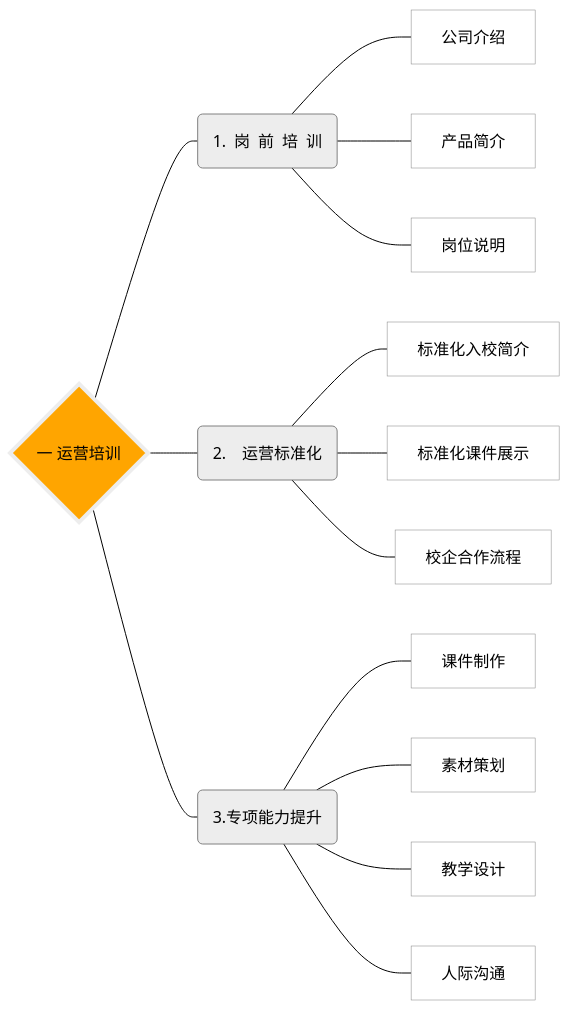
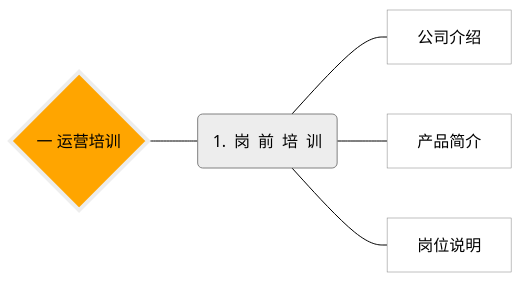
The diagram in index.md (Xiyue-team/doc_op), drawn with Mermaid (forest theme) before and after one commit.

````diff
--- a/index.md
+++ b/index.md
@@ -6,30 +6,12 @@
 ```mermaid
 graph LR
     A{一 运营培训} --- a( 1.&ensp;岗&ensp;前&ensp;培&ensp;训 )    
     style A fill:orange,stroke:#EDEDED,stroke-width:4px
     style a fill:#EDEDED,stroke:gray,stroke-width:1px
     a --- 1[公司介绍] 
     style 1 fill:white,stroke:gray,stroke-width:0.5px 
     a --- 2[产品简介] 
     style 2 fill:white,stroke:gray,stroke-width:0.5px 
     a --- 3[岗位说明] 
     style 3 fill:white,stroke:gray,stroke-width:0.5px 
-    A{一 运营培训} --- b( 2.&ensp;&ensp;运营标准化 )
-    style b fill:#EDEDED,stroke:gray,stroke-width:1px
-    b --- 4[标准化入校简介] 
-    style 4 fill:white,stroke:gray,stroke-width:0.5px 
-    b --- 5[标准化课件展示] 
-    style 5 fill:white,stroke:gray,stroke-width:0.5px 
-    b --- 6[校企合作流程] 
-    style 6 fill:white,stroke:gray,stroke-width:0.5px 
-    A{一 运营培训} --- c( 3.专项能力提升 )
-    style c fill:#EDEDED,stroke:gray,stroke-width:1px
-    c --- 7[课件制作] 
-    style 7 fill:white,stroke:gray,stroke-width:0.5px 
-    c --- 8[素材策划] 
-    style 8 fill:white,stroke:gray,stroke-width:0.5px 
-    c --- 9[教学设计] 
-    style 9 fill:white,stroke:gray,stroke-width:0.5px 
-    c --- 10[人际沟通] 
-    style 10 fill:white,stroke:gray,stroke-width:0.5px 
 ```
````
